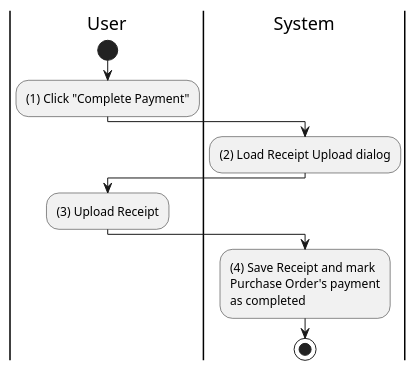
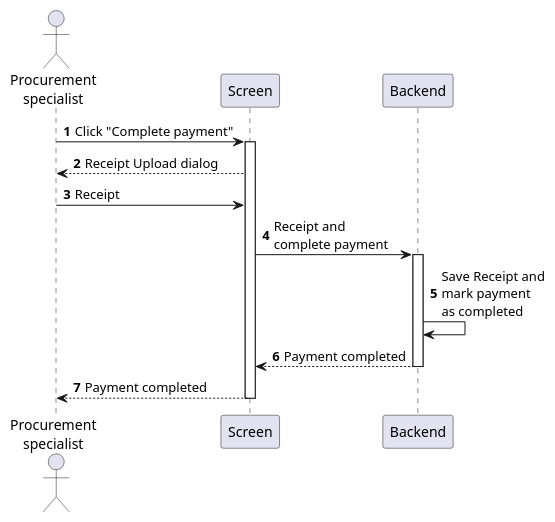
Before and after one commit to phihungha/scmss-reqs: the diagram in sequences/purchase-order-complete-payment.plantuml, drawn with PlantUML. The commit also changed 14 other files, not shown here.

Commit message:
Finish sequence diagrams for purchase orders and requisitions

```diff
--- a/sequences/purchase-order-complete-payment.plantuml
+++ b/sequences/purchase-order-complete-payment.plantuml
@@ -1,20 +1,17 @@
 @startuml purchase-order-complete-payment
-|u|User
-|s|System
+autonumber
 
-|u|
-start
-:(1) Click "Complete Payment";
+actor "Procurement\nspecialist" as a
+participant Screen as f
+participant Backend as b
 
-|s|
-:(2) Load Receipt Upload dialog;
-
-|u|
-:(3) Upload Receipt;
-
-|s|
-:(4) Save Receipt and mark
-Purchase Order's payment
-as completed;
-stop
+a -> f : Click "Complete payment"
+activate f
+f --> a : Receipt Upload dialog
+a -> f : Receipt
+f -> b : Receipt and\ncomplete payment
+activate b
+b -> b : Save Receipt and\nmark payment\nas completed
+return Payment completed
+return Payment completed
 @enduml
```
